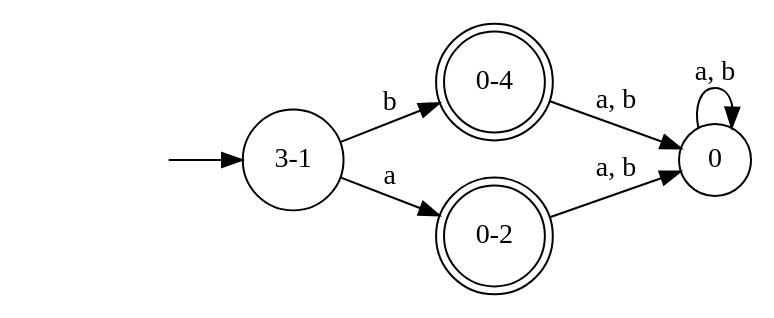
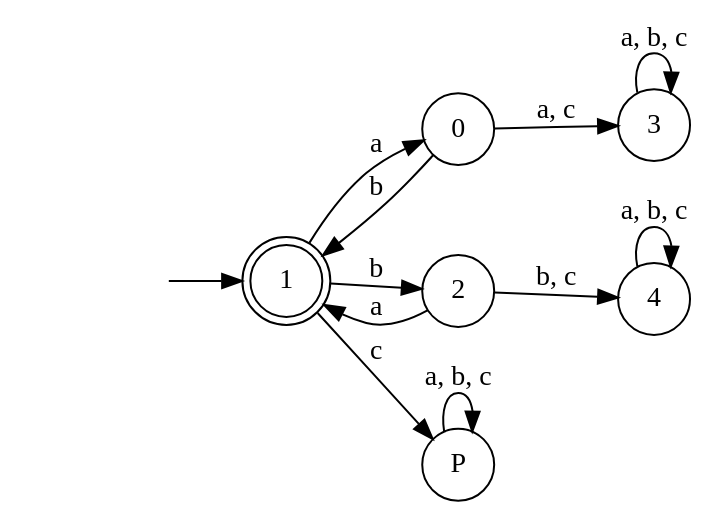
One commit to avivi55/FiniteAutomaton changed the diagram in dot/automata.dot. Above: the diagram before and after it, drawn with Graphviz. The commit also changed 10 other files, not shown here.

```diff
--- a/dot/automata.dot
+++ b/dot/automata.dot
@@ -1,15 +1,19 @@
 digraph finite_state_machine { rankdir=LR
 	node [shape=doublecircle]
-	"0-4"
-	"0-2"
+	"1"
 
 	node [shape=circle]
 	fake0 [style=invisible]
-	fake0 -> "3-1"
+	fake0 -> "1"
 
-	"3-1" -> "0-2" [label="a"] 
-	"3-1" -> "0-4" [label="b"] 
-	"0-4" -> "0" [label="a, b"] 
-	"0" -> "0" [label="a, b"] 
-	"0-2" -> "0" [label="a, b"] 
+	"0" -> "3" [label="a, c"] 
+	"0" -> "1" [label="b"] 
+	"3" -> "3" [label="a, b, c"] 
+	"1" -> "0" [label="a"] 
+	"1" -> "2" [label="b"] 
+	"1" -> "P" [label="c"] 
+	"2" -> "1" [label="a"] 
+	"2" -> "4" [label="b, c"] 
+	"4" -> "4" [label="a, b, c"] 
+	"P" -> "P" [label="a, b, c"] 
 }
```
